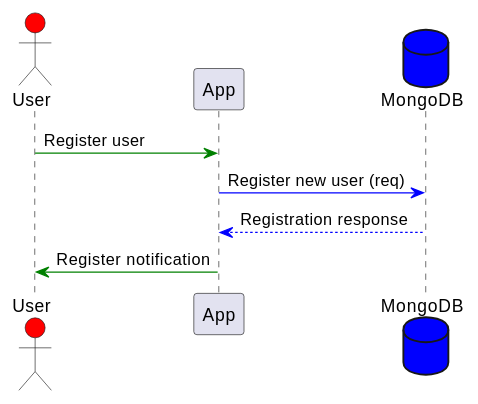
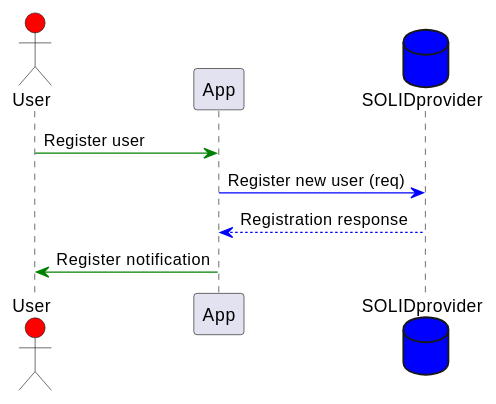
The third of 4 diagrams in webapp/docs/06_runtime_view.adoc (Arquisoft/radarin_es3b), drawn with PlantUML before and after one commit. The commit also changed other lines of this file, not shown here.

```diff
--- a/webapp/docs/06_runtime_view.adoc
+++ b/webapp/docs/06_runtime_view.adoc
@@ -70,12 +92,12 @@
 [plantuml,"registration diagram",png]
 ----
 @startuml
 actor User #red
 participant App
-database MongoDB #blue
+database SOLIDprovider #blue
 User -[#green]> App: Register user
-App -[#blue]> MongoDB: Register new user (req)
-App <[#blue]-- MongoDB: Registration response
+App -[#blue]> SOLIDprovider: Register new user (req)
+App <[#blue]-- SOLIDprovider: Registration response
 User <[#green]- App: Register notification 
 @enduml
 ----
```
